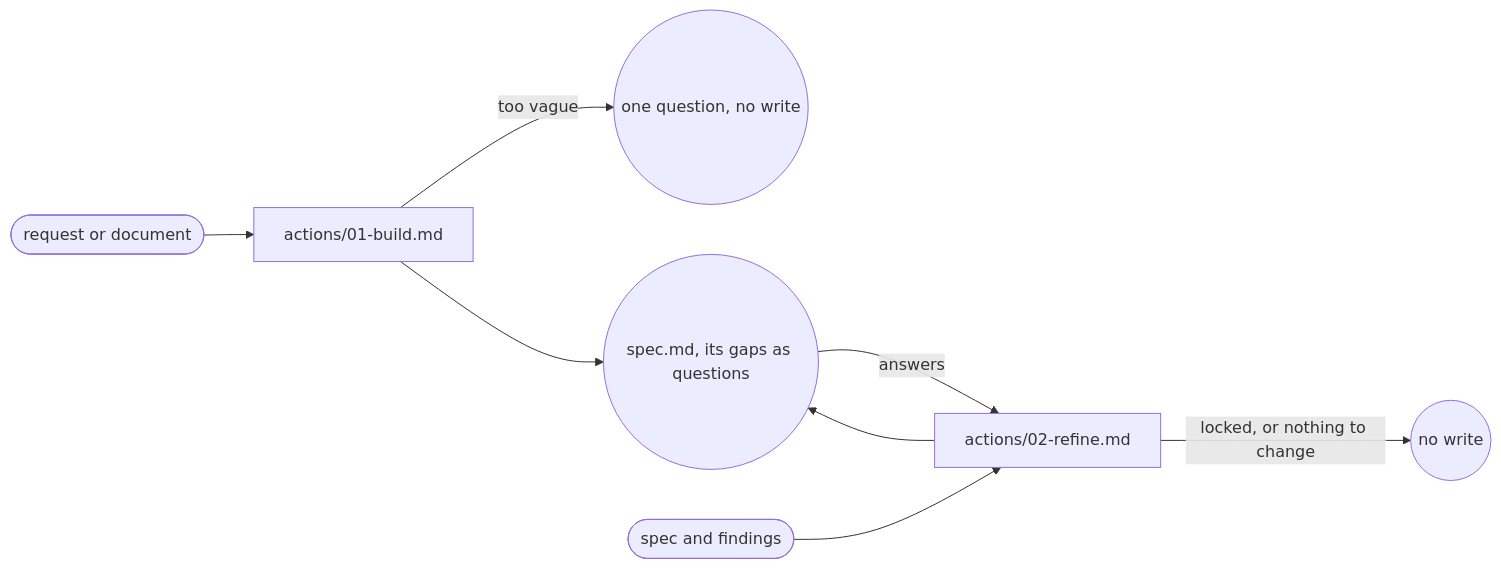
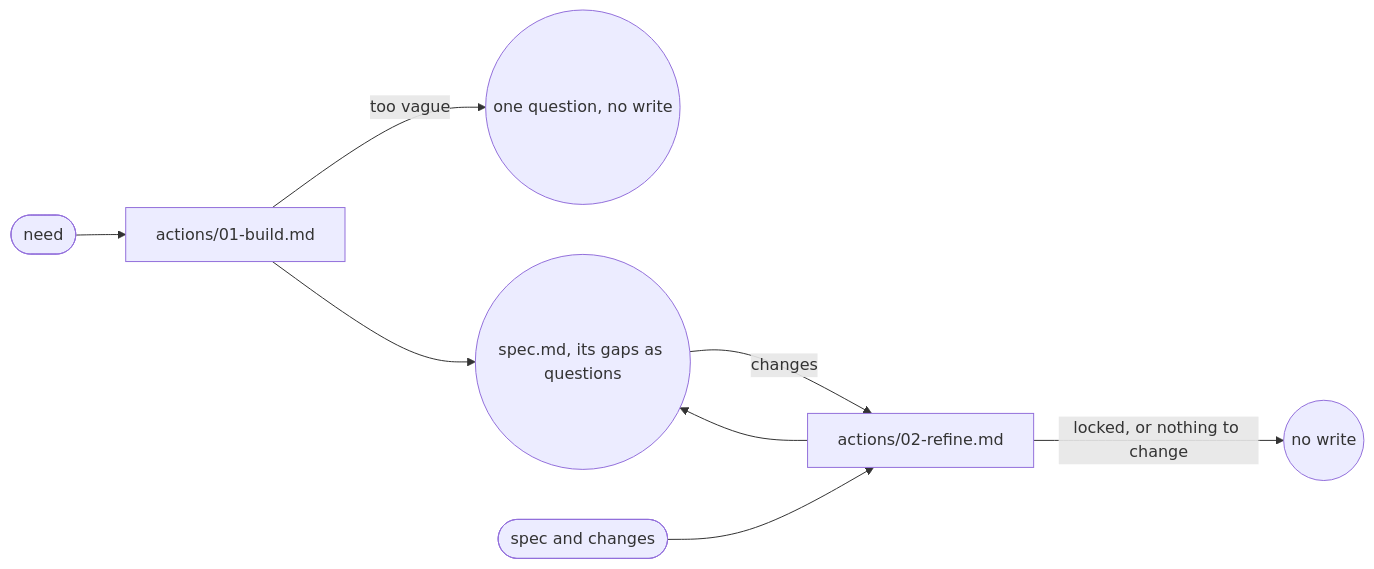
One commit to ai-driven-dev/framework changed the diagram in plugins/aidd-pm/skills/04-spec/SKILL.md. Above: the diagram before and after it, drawn with Mermaid. The commit also changed other lines of this file and 3 other files, not shown here.

First line of the commit message:
refactor(aidd-pm): take a need to create a spec and changes to update one

````diff
--- a/plugins/aidd-pm/skills/04-spec/SKILL.md
+++ b/plugins/aidd-pm/skills/04-spec/SKILL.md
@@ -9,10 +9,10 @@
 ```mermaid
 flowchart LR
-  source([request or document]) --> build["actions/01-build.md"]
+  source([need]) --> build["actions/01-build.md"]
   build -->|"too vague"| asked((one question, no write))
   build --> spec((spec.md, its gaps as questions))
-  spec -->|"answers"| refine
-  findings([spec and findings]) --> refine["actions/02-refine.md"]
+  spec -->|"changes"| refine
+  changes([spec and changes]) --> refine["actions/02-refine.md"]
   refine --> spec
   refine -->|"locked, or nothing to change"| unchanged((no write))
 ```
````
